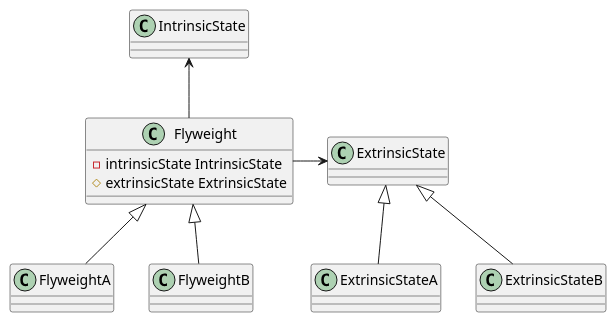
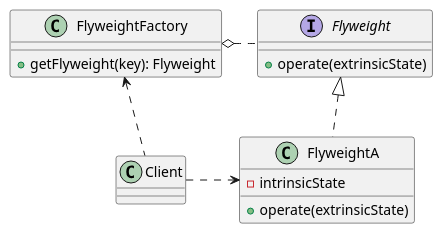
Before and after one commit to mengxianbin/cs-notes: the diagram in Design/Design Patterns/Structural Patterns/Others/Flyweight.md, drawn with PlantUML. The commit also changed 11 other files, not shown here.

````diff
--- a/Design/Design Patterns/Structural Patterns/Others/Flyweight.md
+++ b/Design/Design Patterns/Structural Patterns/Others/Flyweight.md
@@ -1,41 +1,24 @@
 ```puml
 @startuml
 
-class IntrinsicState {
-
-}
-
-class ExtrinsicState {
-
-}
-
-class Flyweight {
-    - intrinsicState IntrinsicState
-    # extrinsicState ExtrinsicState
+interface Flyweight {
+    + operate(extrinsicState)
 }
 
 class FlyweightA {
+    - intrinsicState
+    + operate(extrinsicState)
 }
 
-class FlyweightB {
+FlyweightA ..up|> Flyweight
+
+class FlyweightFactory {
+    + getFlyweight(key): Flyweight
 }
 
-class ExtrinsicStateA {
-
-}
-
-class ExtrinsicStateB {
-
-}
-
-Flyweight --up> IntrinsicState
-Flyweight -> ExtrinsicState
-
-ExtrinsicStateA --up|> ExtrinsicState
-ExtrinsicStateB --up|> ExtrinsicState
-
-FlyweightA --up|> Flyweight
-FlyweightB --up|> Flyweight
+FlyweightFactory o. Flyweight
+Client ..up> FlyweightFactory
+Client .> FlyweightA
 
 @enduml
 ```
````
